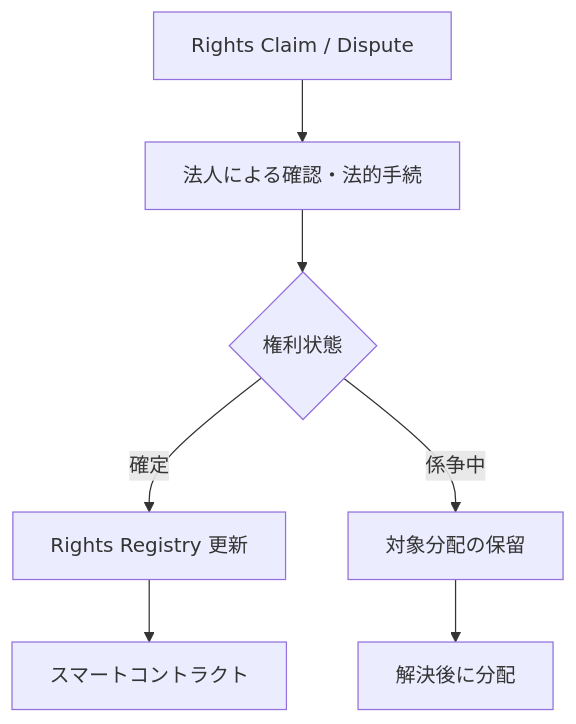
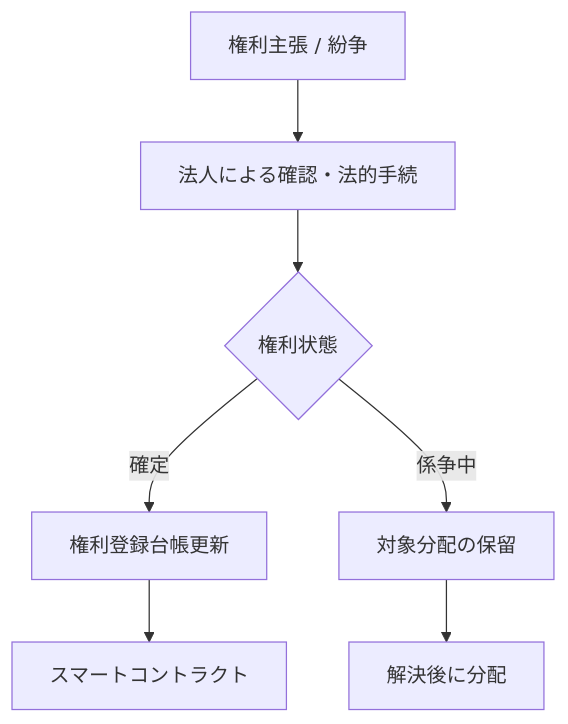
One commit to ShigeichiroYamasaki/creator-first-platform changed diagram 15 of 17 in docs/whitepaper/03-rights-and-money.md. Above: the diagram before and after it, drawn with Mermaid. The commit also changed other lines of this file and 72 other files, not shown here.

````diff
--- a/docs/whitepaper/03-rights-and-money.md
+++ b/docs/whitepaper/03-rights-and-money.md
@@ -367,9 +367,9 @@
 ```mermaid
 flowchart TD
-    CLAIM[Rights Claim / Dispute] --> REVIEW[法人による確認・法的手続]
+    CLAIM[権利主張 / 紛争] --> REVIEW[法人による確認・法的手続]
     REVIEW --> VALID{権利状態}
-    VALID -->|確定| UPDATE[Rights Registry 更新]
+    VALID -->|確定| UPDATE[権利登録台帳更新]
     VALID -->|係争中| HOLD[対象分配の保留]
     UPDATE --> SC[スマートコントラクト]
     HOLD --> RESOLVE[解決後に分配]
 ```
````
